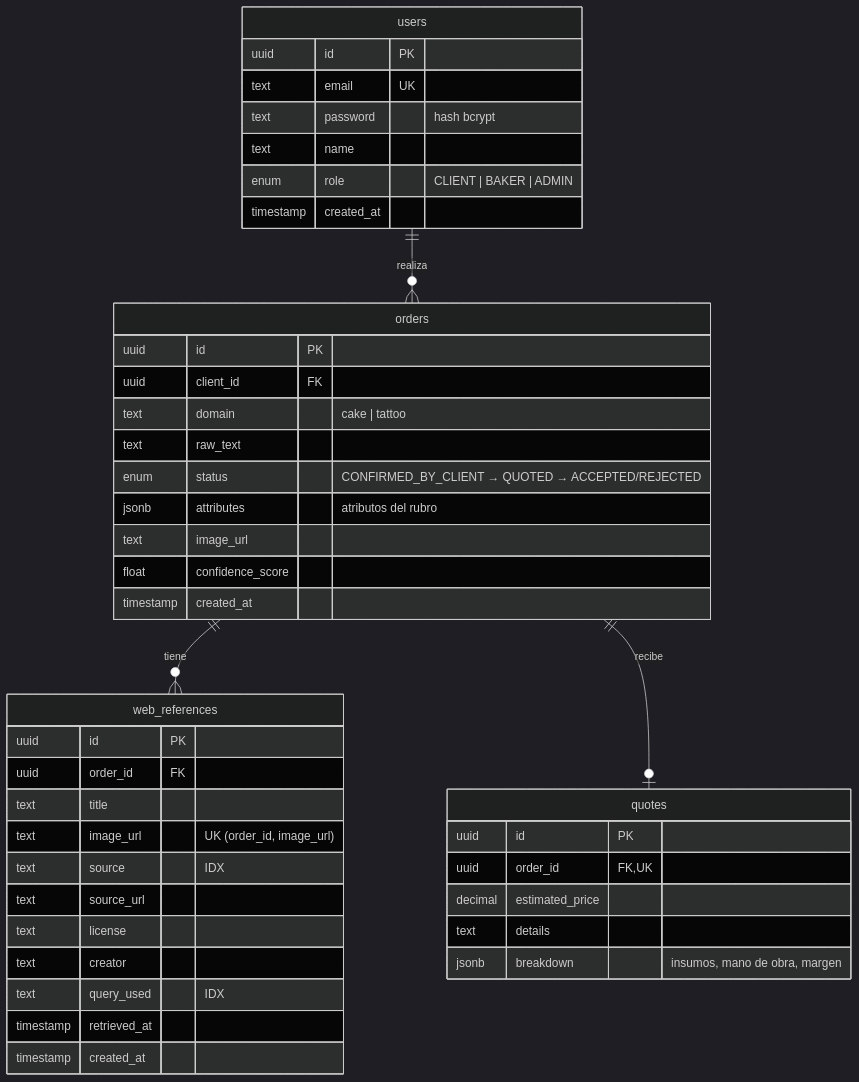
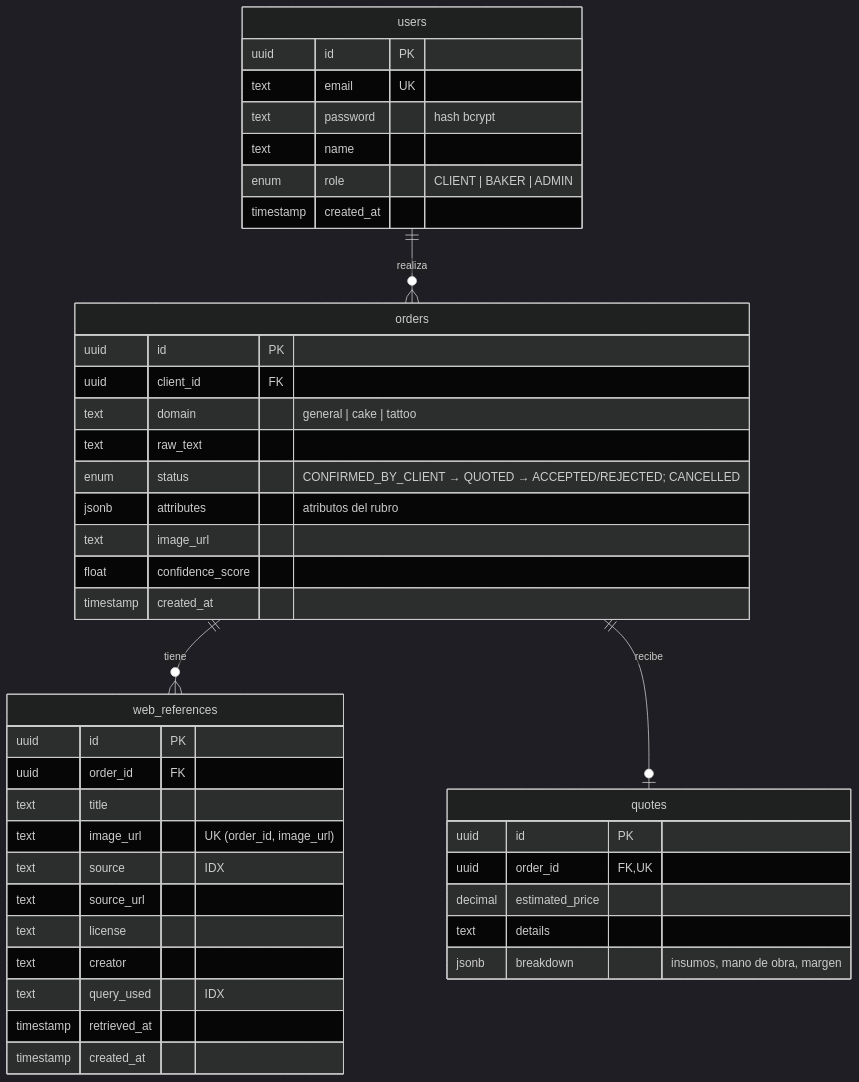
The fourth of 6 diagrams in docs/arquitectura.md (inddigo/ProyectoIngWeb), drawn with Mermaid (dark theme) before and after one commit. The commit also changed other lines of this file and 5 other files, not shown here.

````diff
--- a/docs/arquitectura.md
+++ b/docs/arquitectura.md
@@ -95,46 +95,46 @@
 ```mermaid
 erDiagram
     users ||--o{ orders : "realiza"
     orders ||--o{ web_references : "tiene"
     orders ||--o| quotes : "recibe"
 
     users {
         uuid id PK
         text email UK
         text password "hash bcrypt"
         text name
         enum role "CLIENT | BAKER | ADMIN"
         timestamp created_at
     }
     orders {
         uuid id PK
         uuid client_id FK
-        text domain "cake | tattoo"
+        text domain "general | cake | tattoo"
         text raw_text
-        enum status "CONFIRMED_BY_CLIENT → QUOTED → ACCEPTED/REJECTED"
+        enum status "CONFIRMED_BY_CLIENT → QUOTED → ACCEPTED/REJECTED; CANCELLED"
         jsonb attributes "atributos del rubro"
         text image_url
         float confidence_score
         timestamp created_at
     }
     web_references {
         uuid id PK
         uuid order_id FK
         text title
         text image_url "UK (order_id, image_url)"
         text source "IDX"
         text source_url
         text license
         text creator
         text query_used "IDX"
         timestamp retrieved_at
         timestamp created_at
     }
     quotes {
         uuid id PK
         uuid order_id FK,UK
         decimal estimated_price
         text details
         jsonb breakdown "insumos, mano de obra, margen"
     }
 ```
````
